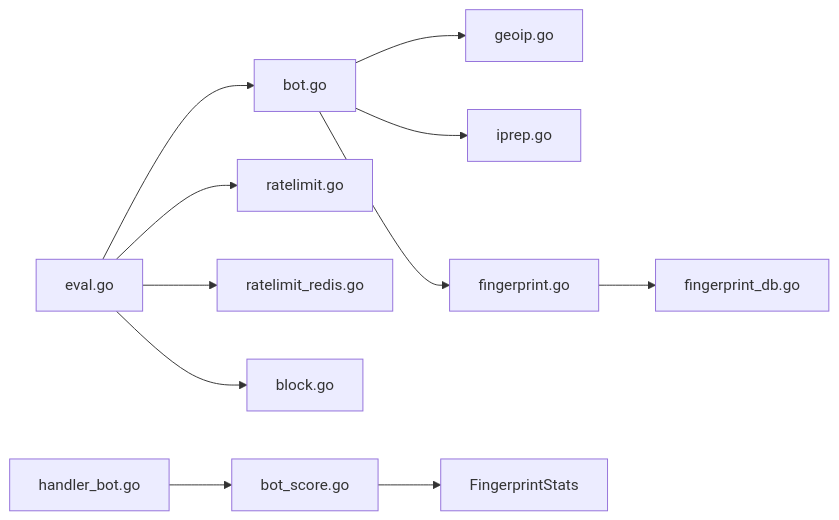
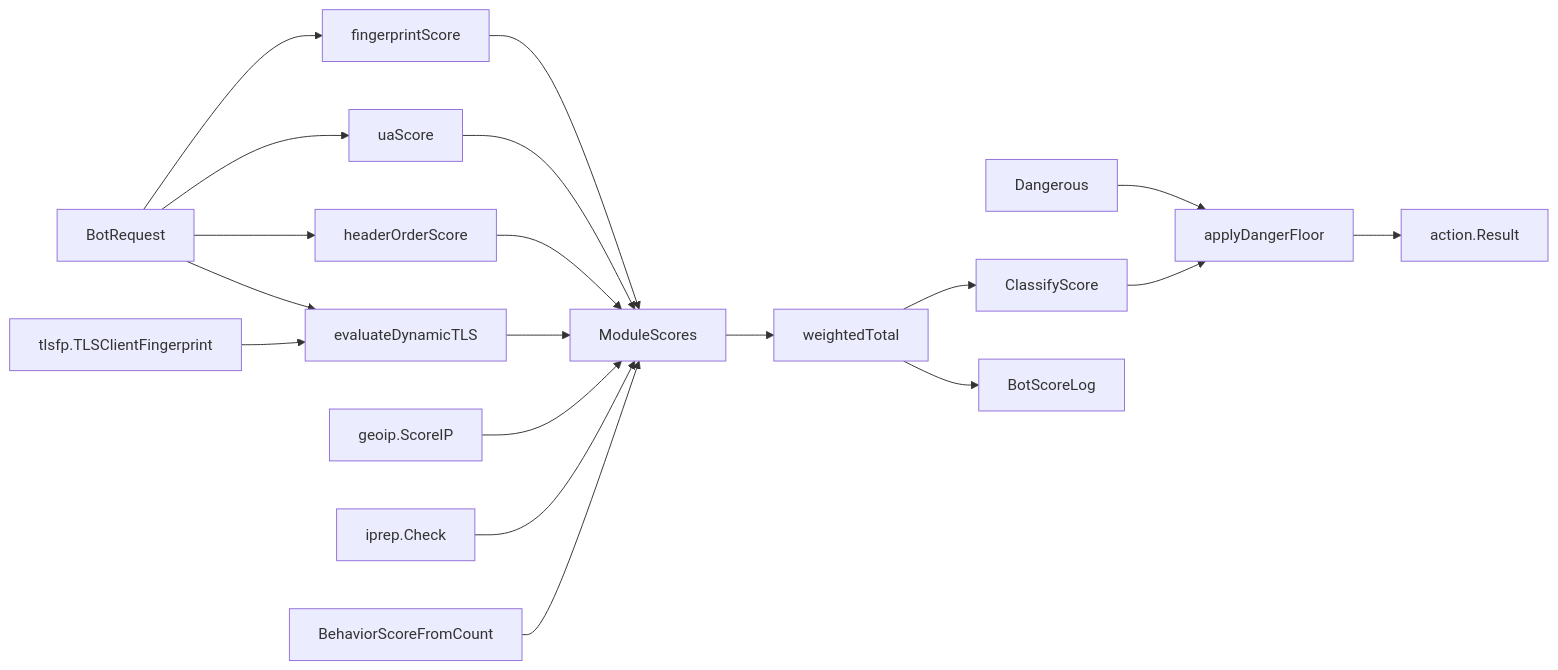
One commit to x01n/My-OpenWaf changed the fourth of 4 diagrams in docs/安全防护功能/机器人检测.md. Above: the diagram before and after it, drawn with Mermaid. The commit also changed other lines of this file and 622 other files, not shown here.

````diff
--- a/docs/安全防护功能/机器人检测.md
+++ b/docs/安全防护功能/机器人检测.md
@@ -405,13 +389,21 @@
 ```mermaid
 graph LR
-Eval["eval.go"] --> Bot["bot.go"]
-Bot --> Geo["geoip.go"]
-Bot --> Rep["iprep.go"]
-Bot --> FP["fingerprint.go"]
-FP --> FPDB["fingerprint_db.go"]
-Eval --> RL["ratelimit.go"]
-Eval --> RLR["ratelimit_redis.go"]
-Eval --> Block["block.go"]
-FingerprintHandler["handler_bot.go"] --> FingerprintRepo["bot_score.go"]
-FingerprintRepo --> FingerprintStats["FingerprintStats"]
+BR["BotRequest"] --> UA["uaScore"]
+BR --> FPS["fingerprintScore"]
+BR --> HO["headerOrderScore"]
+BR --> DT["evaluateDynamicTLS"]
+TLS["tlsfp.TLSClientFingerprint"] --> DT
+FPS --> RAW["ModuleScores"]
+UA --> RAW
+HO --> RAW
+DT --> RAW
+GEO["geoip.ScoreIP"] --> RAW
+REP["iprep.Check"] --> RAW
+BEH["BehaviorScoreFromCount"] --> RAW
+RAW --> WT["weightedTotal"]
+WT --> TIER["ClassifyScore"]
+DGR["Dangerous"] --> FLOOR["applyDangerFloor"]
+TIER --> FLOOR
+FLOOR --> RES["action.Result"]
+WT --> LOG["BotScoreLog"]
 ```
````
